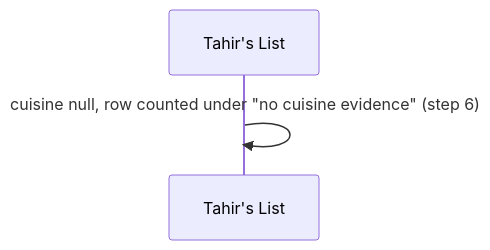
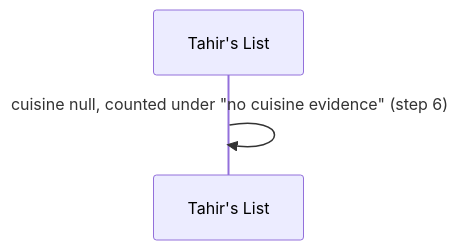
Before and after one commit to Losers-Lab/tahirs-list: the fifth of 7 diagrams in docs/features/SC-231/04-blackbox/UC-02-assign-cuisine.md, drawn with Mermaid. The commit also changed other lines of this file and 2 other files, not shown here.

Commit message:
[SC-231] Flatten nested sequence fragments

````diff
--- a/docs/features/SC-231/04-blackbox/UC-02-assign-cuisine.md
+++ b/docs/features/SC-231/04-blackbox/UC-02-assign-cuisine.md
@@ -38,5 +38,5 @@
 ```mermaid
 sequenceDiagram
   participant TL as Tahir's List
-  TL->>TL: cuisine null, row counted under "no cuisine evidence" (step 6)
+  TL->>TL: cuisine null, counted under "no cuisine evidence" (step 6)
 ```
````
